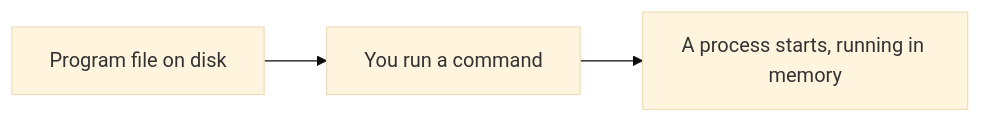
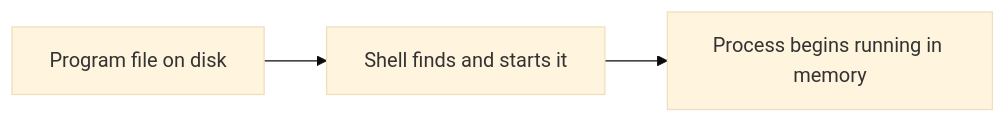
One commit to sage9705/unslop changed the diagram in backend/00-foundations/02-terminal/concepts/05-running-programs.md. Above: the diagram before and after it, drawn with Mermaid (base theme). The commit also changed other lines of this file and 3 other files, not shown here.

````diff
--- a/backend/00-foundations/02-terminal/concepts/05-running-programs.md
+++ b/backend/00-foundations/02-terminal/concepts/05-running-programs.md
@@ -39,5 +62,5 @@
 ```mermaid
 flowchart LR
-    A["Program file on disk"] --> B["You run a command"]
-    B --> C["A process starts, running in memory"]
+    A["Program file on disk"] --> B["Shell finds and starts it"]
+    B --> C["Process begins running in memory"]
 ```
````
